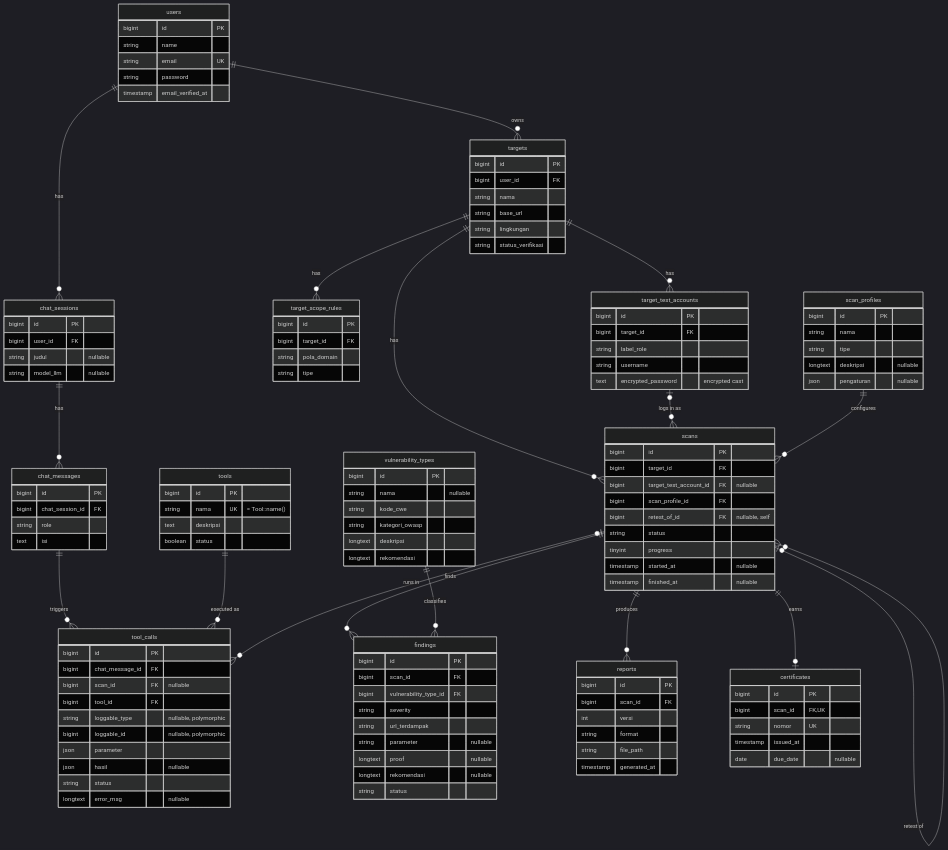
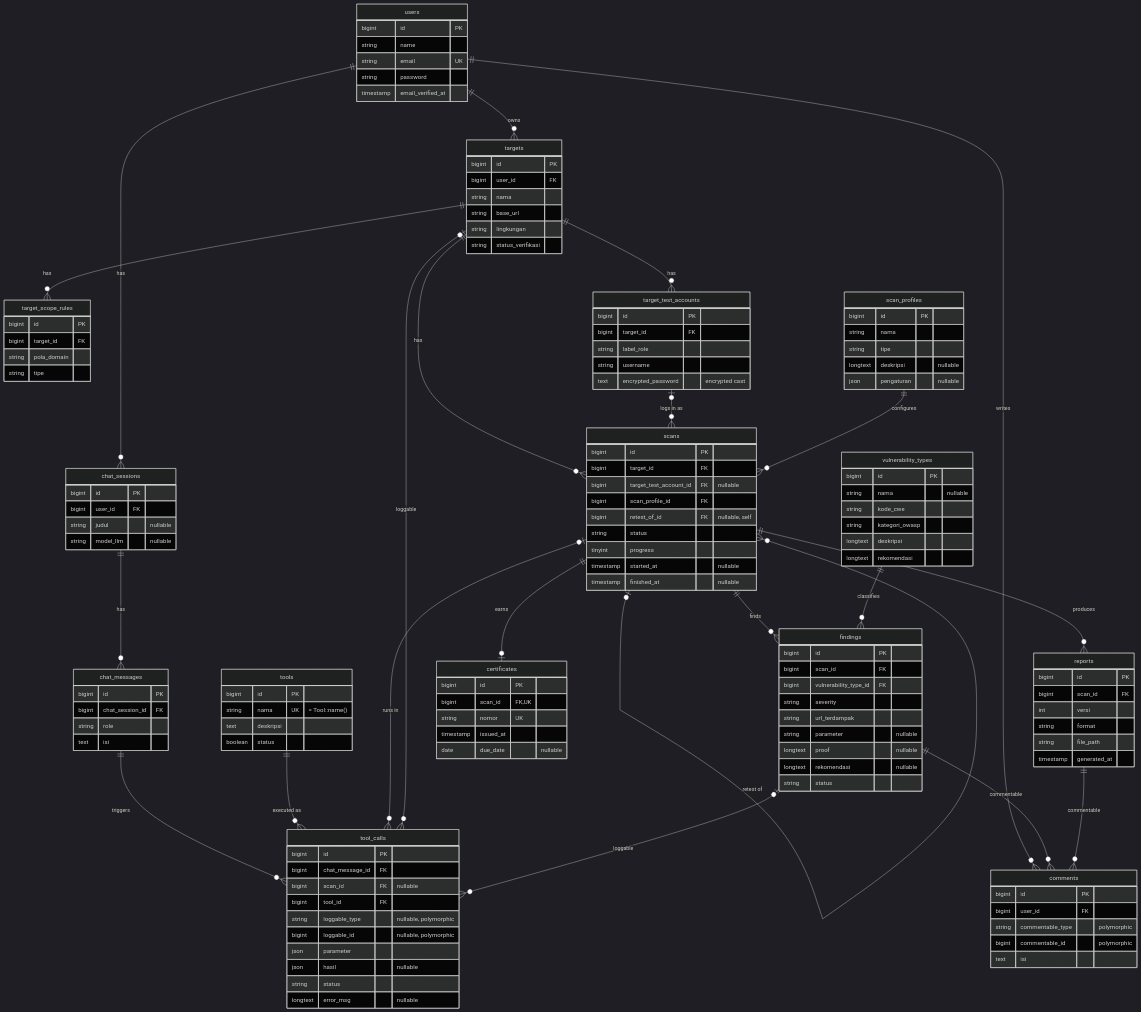
The diagram in README.md (Pardofel1s/pbkk-k4-agentic-ai), drawn with Mermaid (dark theme) before and after one commit. The commit also changed other lines of this file and 35 other files, not shown here.

```diff
--- a/README.md
+++ b/README.md
@@ -177,6 +179,11 @@
     vulnerability_types ||--o{ findings : classifies
     scans ||--o{ reports : produces
     scans ||--o| certificates : earns
+    users ||--o{ comments : writes
+    findings ||--o{ comments : commentable
+    reports ||--o{ comments : commentable
+    targets |o--o{ tool_calls : loggable
+    findings |o--o{ tool_calls : loggable
 
     users {
         bigint id PK
@@ -281,6 +288,13 @@
         string file_path
         timestamp generated_at
     }
+    comments {
+        bigint id PK
+        bigint user_id FK
+        string commentable_type "polymorphic"
+        bigint commentable_id "polymorphic"
+        text isi
+    }
     certificates {
         bigint id PK
         bigint scan_id FK, UK
```
